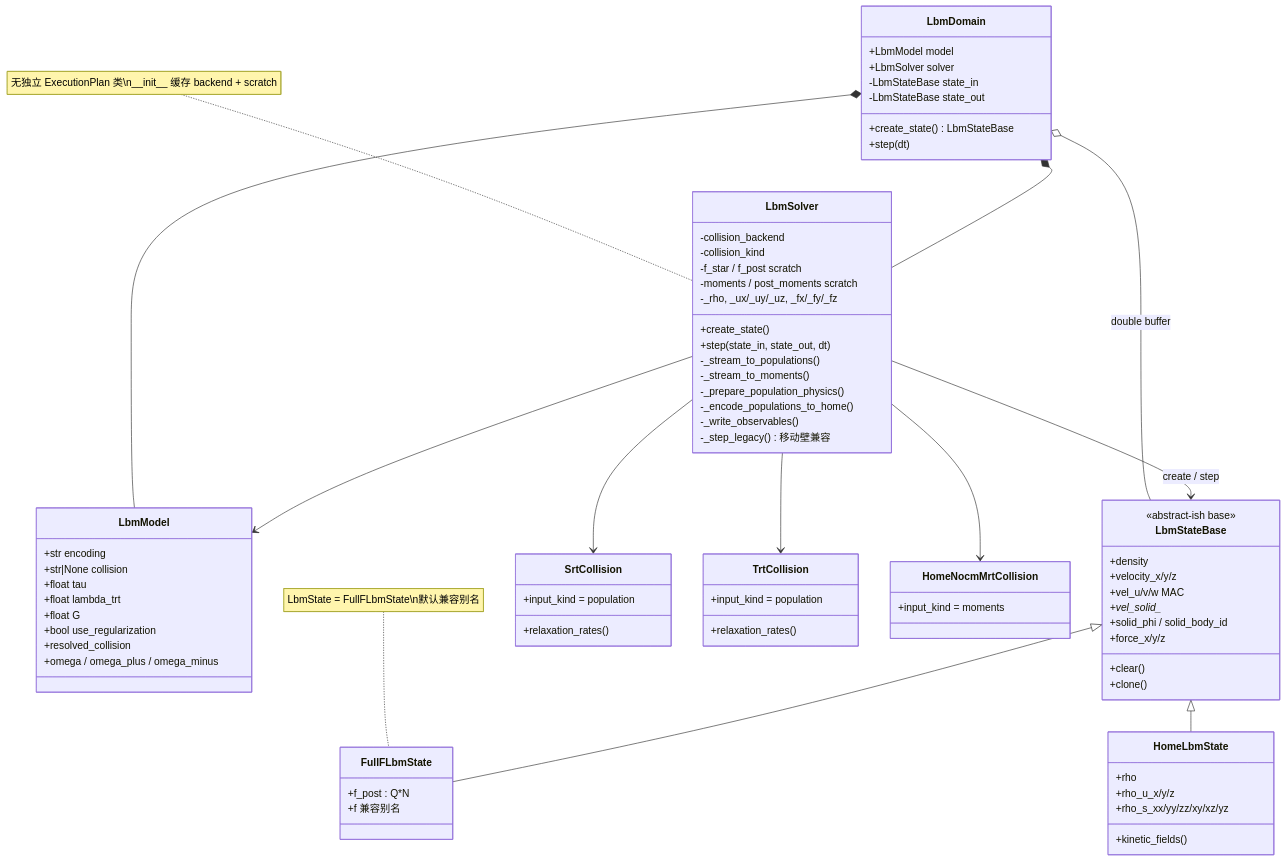
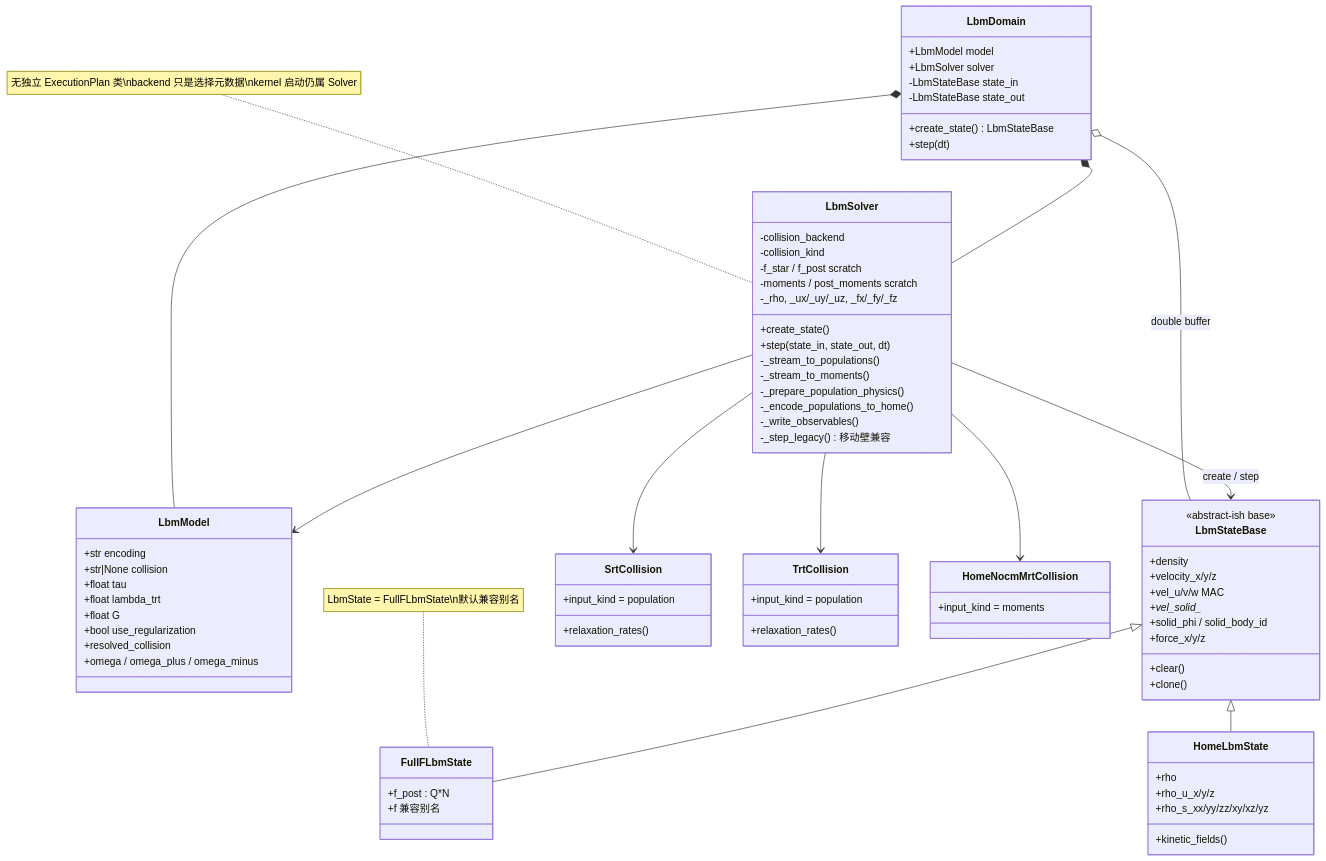
The first of 3 diagrams in docs/wanphys/lbm/mermaid/03_module_class_structure.md (Cavibot/LBM-Fluid-Structure-Interaction), drawn with Mermaid before and after one commit. The commit also changed 15 other files, not shown here.

````diff
--- a/docs/wanphys/lbm/mermaid/03_module_class_structure.md
+++ b/docs/wanphys/lbm/mermaid/03_module_class_structure.md
@@ -96,5 +96,5 @@
     LbmSolver --> HomeNocmMrtCollision
 
     note for FullFLbmState "LbmState = FullFLbmState\n默认兼容别名"
-    note for LbmSolver "无独立 ExecutionPlan 类\n__init__ 缓存 backend + scratch"
+    note for LbmSolver "无独立 ExecutionPlan 类\nbackend 只是选择元数据\nkernel 启动仍属 Solver"
 ```
````
